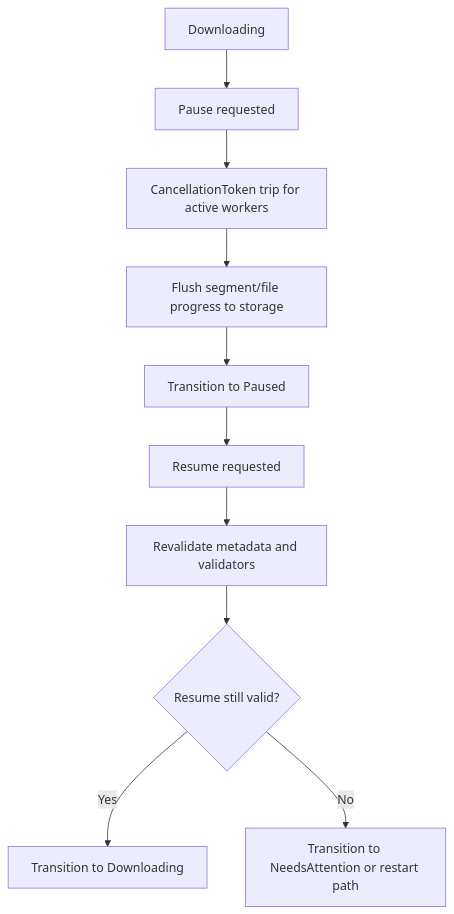
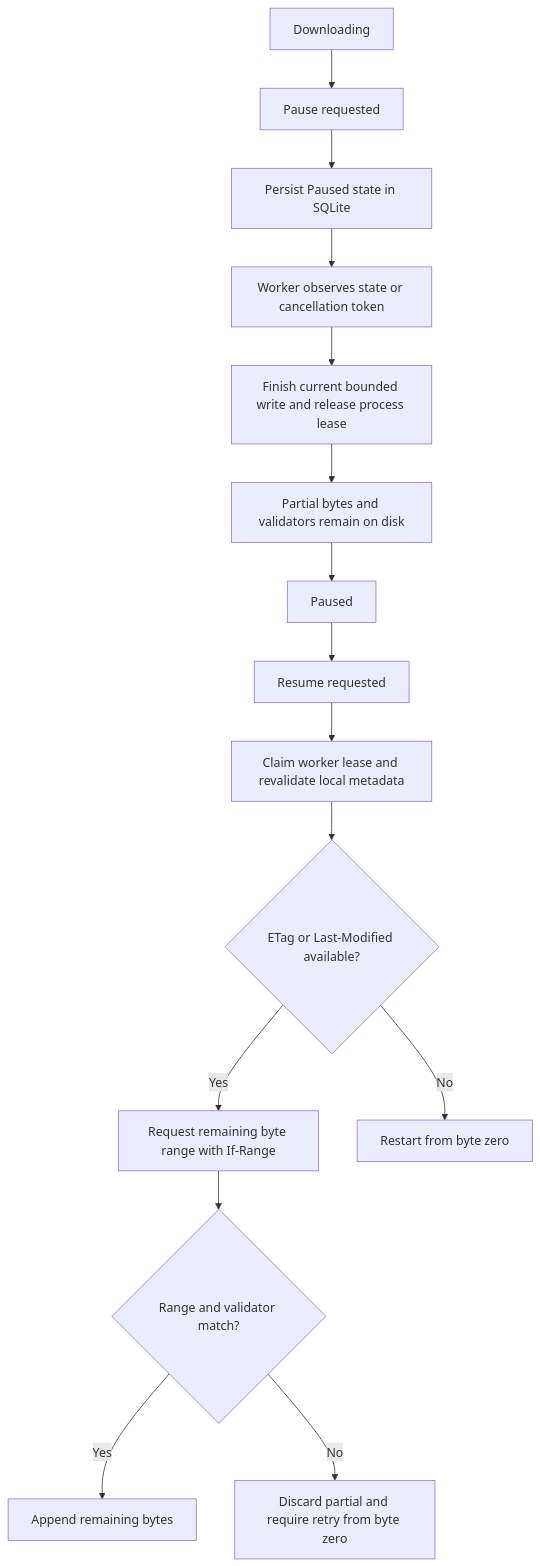
One commit to 0xzahed/SonicFetch changed the second of 4 diagrams in docs/download-state-machine.md. Above: the diagram before and after it, drawn with Mermaid. The commit also changed other lines of this file and 31 other files, not shown here.

````diff
--- a/docs/download-state-machine.md
+++ b/docs/download-state-machine.md
@@ -49,12 +52,17 @@
 ```mermaid
 flowchart TD
     A[Downloading] --> B[Pause requested]
-    B --> C[CancellationToken trip for active workers]
-    C --> D[Flush segment/file progress to storage]
-    D --> E[Transition to Paused]
-    E --> F[Resume requested]
-    F --> G[Revalidate metadata and validators]
-    G --> H{Resume still valid?}
-    H -->|Yes| I[Transition to Downloading]
-    H -->|No| J[Transition to NeedsAttention or restart path]
+    B --> C[Persist Paused state in SQLite]
+    C --> D[Worker observes state or cancellation token]
+    D --> E[Finish current bounded write and release process lease]
+    E --> F[Partial bytes and validators remain on disk]
+    F --> G[Paused]
+    G --> H[Resume requested]
+    H --> I[Claim worker lease and revalidate local metadata]
+    I --> J{ETag or Last-Modified available?}
+    J -->|Yes| K[Request remaining byte range with If-Range]
+    J -->|No| L[Restart from byte zero]
+    K --> M{Range and validator match?}
+    M -->|Yes| N[Append remaining bytes]
+    M -->|No| O[Discard partial and require retry from byte zero]
 ```
````
